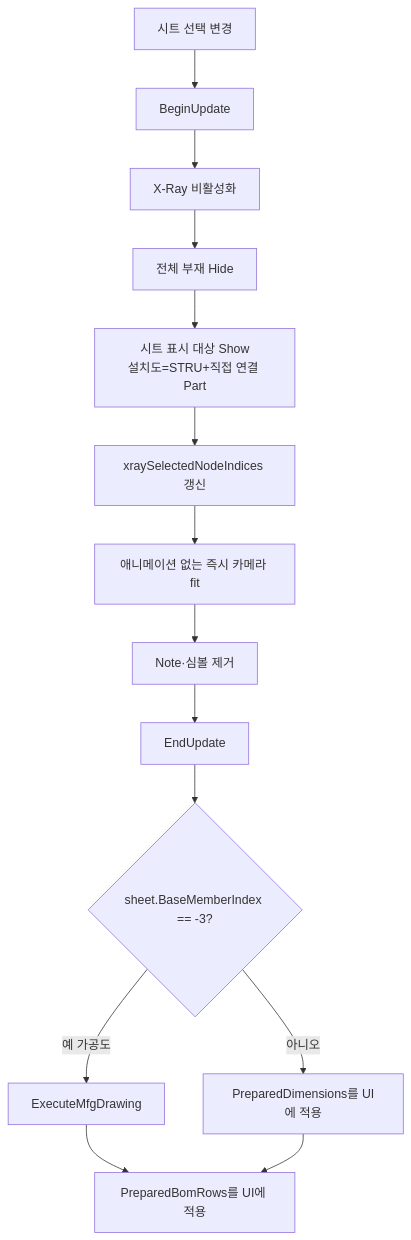
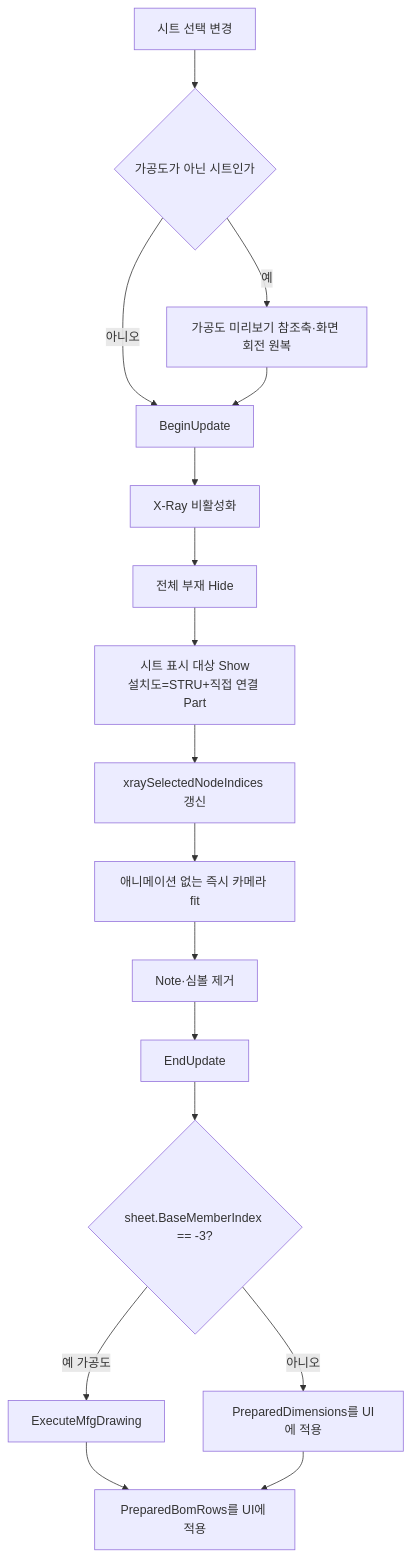
The diagram in docs/기능/도면시트/시트 선택.md (uuuuj/a2z), drawn with Mermaid before and after one commit. The commit also changed other lines of this file and 6 other files, not shown here.

````diff
--- a/docs/기능/도면시트/시트 선택.md
+++ b/docs/기능/도면시트/시트 선택.md
@@ -28,16 +28,19 @@
 ```mermaid
 flowchart TD
-    A[시트 선택 변경] --> B[BeginUpdate]
+    A[시트 선택 변경] --> A1{"가공도가 아닌 시트인가"}
+    A1 -- 예 --> A2["가공도 미리보기 참조축·화면 회전 원복"]
+    A1 -- 아니오 --> B
+    A2 --> B[BeginUpdate]
     B --> C[X-Ray 비활성화]
     C --> D[전체 부재 Hide]
     D --> E[시트 표시 대상 Show<br/>설치도=STRU+직접 연결 Part]
     E --> F[xraySelectedNodeIndices 갱신]
     F --> G[애니메이션 없는 즉시 카메라 fit]
     G --> H[Note·심볼 제거]
     H --> I[EndUpdate]
     I --> J{sheet.BaseMemberIndex == -3?}
     J -- 예 가공도 --> K[ExecuteMfgDrawing]
     J -- 아니오 --> L[PreparedDimensions를 UI에 적용]
     K --> M[PreparedBomRows를 UI에 적용]
     L --> M
 ```
````
